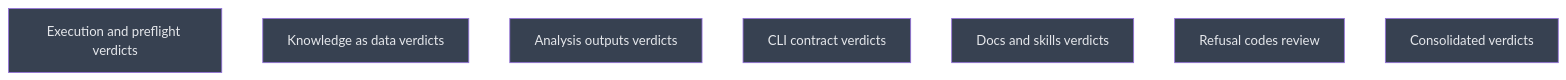
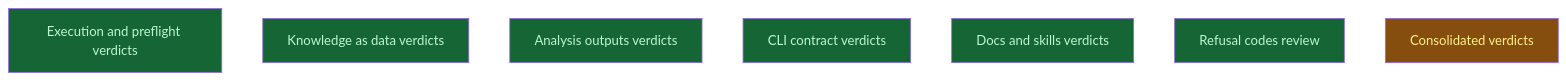
The diagram in __roadmap__/m6b-surface-consolidation/README.md (CrackingShells/Candler), drawn with Mermaid before and after one commit. The commit also changed other lines of this file and 1 other file, not shown here.

Commit message:
rdm(api): close the m6b verdict study L0
All six L0 leaves are merged; 47 primary records, each id once, and the
14 covered ids are named by their primaries. consolidated/verdicts
starts.

````diff
--- a/__roadmap__/m6b-surface-consolidation/README.md
+++ b/__roadmap__/m6b-surface-consolidation/README.md
@@ -114,15 +114,15 @@
 ```mermaid
 graph TD
-    execution_preflight[Execution and preflight verdicts]:::planned
-    knowledge_as_data[Knowledge as data verdicts]:::planned
-    analysis_outputs[Analysis outputs verdicts]:::planned
-    cli_contract[CLI contract verdicts]:::planned
-    docs_and_skills[Docs and skills verdicts]:::planned
-    codes_review[Refusal codes review]:::planned
-    consolidated[Consolidated verdicts]:::planned
+    execution_preflight[Execution and preflight verdicts]:::done
+    knowledge_as_data[Knowledge as data verdicts]:::done
+    analysis_outputs[Analysis outputs verdicts]:::done
+    cli_contract[CLI contract verdicts]:::done
+    docs_and_skills[Docs and skills verdicts]:::done
+    codes_review[Refusal codes review]:::done
+    consolidated[Consolidated verdicts]:::inprogress
     classDef done       fill:#166534,color:#bbf7d0
     classDef inprogress fill:#854d0e,color:#fef08a
     classDef planned    fill:#374151,color:#e5e7eb
     classDef amendment  fill:#1e3a5f,color:#bfdbfe
     classDef blocked    fill:#7f1d1d,color:#fecaca
 ```
````
